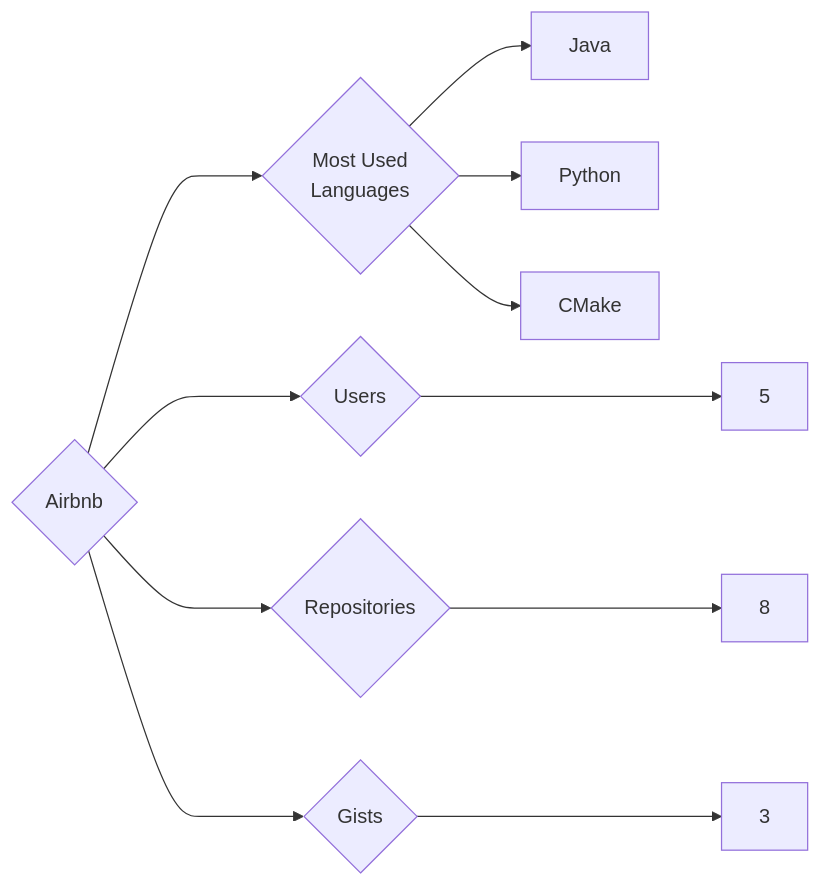
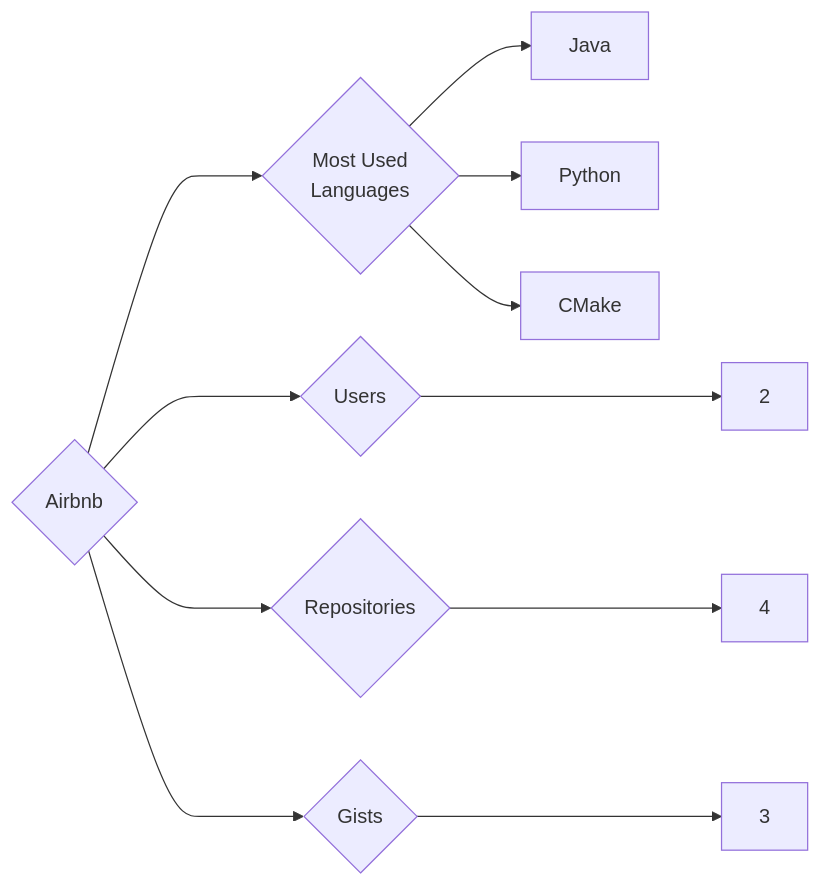
Before and after one commit to trickest/insiders: the diagram in targets/Airbnb/README.md, drawn with Mermaid. The commit also changed 1078 other files, not shown here.

````diff
--- a/targets/Airbnb/README.md
+++ b/targets/Airbnb/README.md
@@ -3,11 +3,11 @@
 ```mermaid
 graph LR
 COMPANY_NAME{Airbnb}
-COMPANY_NAME ---> U{Users} ---> UN[5]
-COMPANY_NAME ---> R{Repositories} ---> RN[8]
+COMPANY_NAME ---> U{Users} ---> UN[2]
+COMPANY_NAME ---> R{Repositories} ---> RN[4]
 COMPANY_NAME ---> G{Gists} ---> GN[3]
 COMPANY_NAME ---> ML{Most Used<br>Languages}
 ML --> Java[Java]
 ML --> Python[Python]
 ML --> CMake[CMake]
 ```
````
